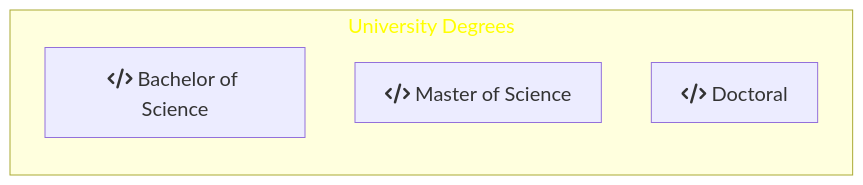
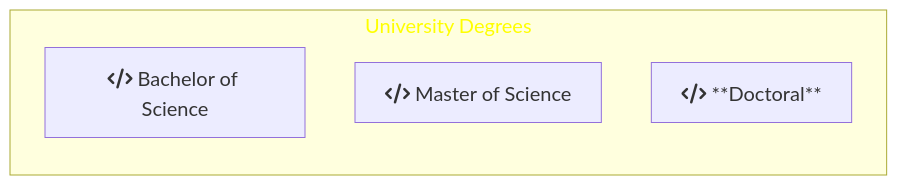
The second of 2 diagrams in README.md (DippoldEJ/DippoldEJ), drawn with Mermaid before and after one commit.

````diff
--- a/README.md
+++ b/README.md
@@ -37,16 +37,16 @@
 ```mermaid
 flowchart LR;
 %%{init: {
 	'themeVariables': { 'fontSize': '20px', 'fontFamily': 'Didot'}
 	}
 }%%
 
 subgraph h[University Degrees]
 direction TD
     s[fa:fa-code Bachelor of Science ]
     b[fa:fa-code Master of Science ]
-    a[fa:fa-code Doctoral ]
+    a[fa:fa-code **Doctoral** ]
     end
 
 style h color:#FFFF00
 ```
````
